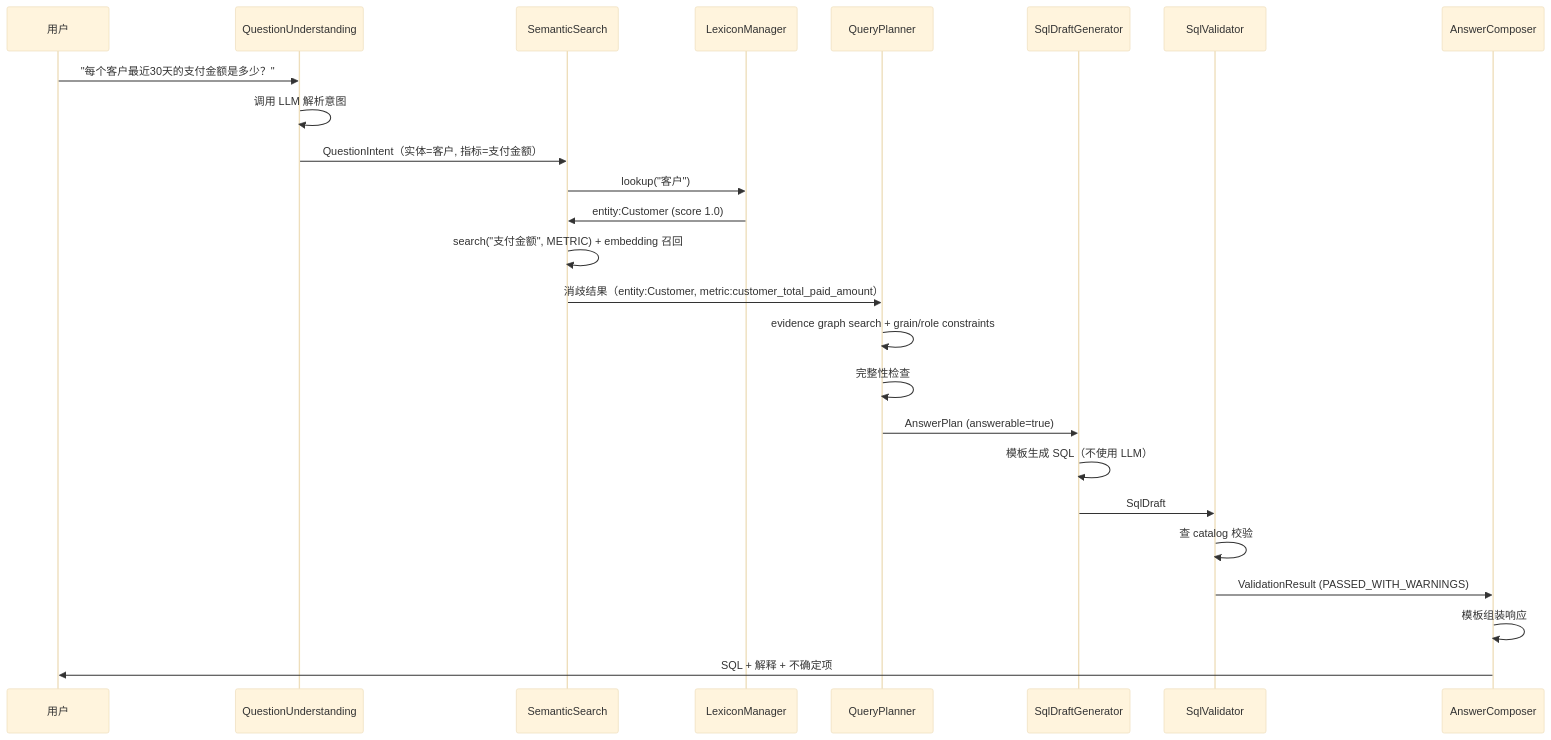
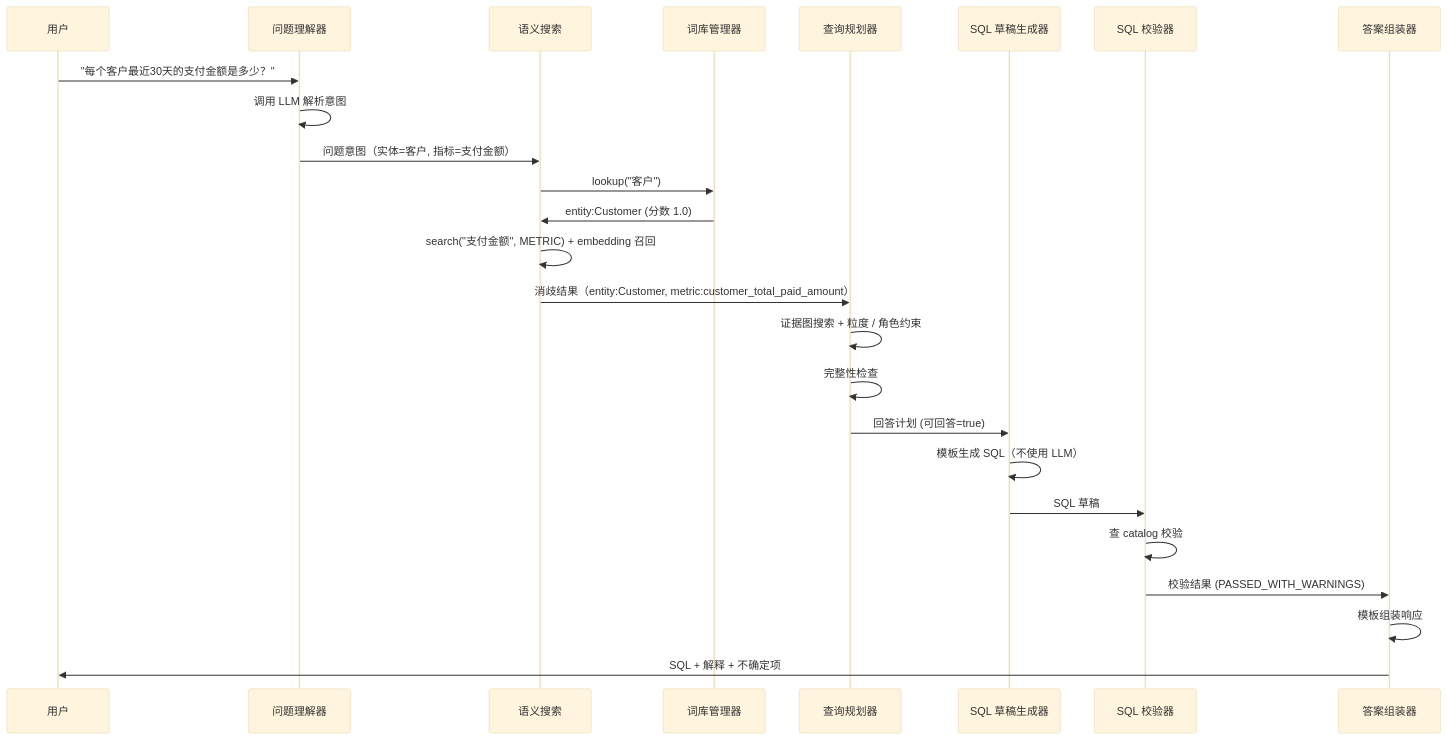
Before and after one commit to xiaoguang/relation-detector: the third of 6 diagrams in docs/design/semantic-layer/end-to-end-examples.md, drawn with Mermaid (base theme). The commit also changed other lines of this file and 14 other files, not shown here.

````diff
--- a/docs/design/semantic-layer/end-to-end-examples.md
+++ b/docs/design/semantic-layer/end-to-end-examples.md
@@ -443,28 +484,28 @@
 ```mermaid
 sequenceDiagram
     participant User as 用户
-    participant QU as QuestionUnderstanding
-    participant SS as SemanticSearch
-    participant LM as LexiconManager
-    participant QP as QueryPlanner
-    participant SG as SqlDraftGenerator
-    participant SV as SqlValidator
-    participant AC as AnswerComposer
+    participant QU as 问题理解器
+    participant SS as 语义搜索
+    participant LM as 词库管理器
+    participant QP as 查询规划器
+    participant SG as SQL 草稿生成器
+    participant SV as SQL 校验器
+    participant AC as 答案组装器
 
     User->>QU: "每个客户最近30天的支付金额是多少？"
     QU->>QU: 调用 LLM 解析意图
-    QU->>SS: QuestionIntent（实体=客户, 指标=支付金额）
+    QU->>SS: 问题意图（实体=客户, 指标=支付金额）
     SS->>LM: lookup("客户")
-    LM->>SS: entity:Customer (score 1.0)
+    LM->>SS: entity:Customer (分数 1.0)
     SS->>SS: search("支付金额", METRIC) + embedding 召回
     SS->>QP: 消歧结果（entity:Customer, metric:customer_total_paid_amount）
-    QP->>QP: evidence graph search + grain/role constraints
+    QP->>QP: 证据图搜索 + 粒度 / 角色约束
     QP->>QP: 完整性检查
-    QP->>SG: AnswerPlan (answerable=true)
+    QP->>SG: 回答计划 (可回答=true)
     SG->>SG: 模板生成 SQL（不使用 LLM）
-    SG->>SV: SqlDraft
+    SG->>SV: SQL 草稿
     SV->>SV: 查 catalog 校验
-    SV->>AC: ValidationResult (PASSED_WITH_WARNINGS)
+    SV->>AC: 校验结果 (PASSED_WITH_WARNINGS)
     AC->>AC: 模板组装响应
     AC->>User: SQL + 解释 + 不确定项
 ```
````
